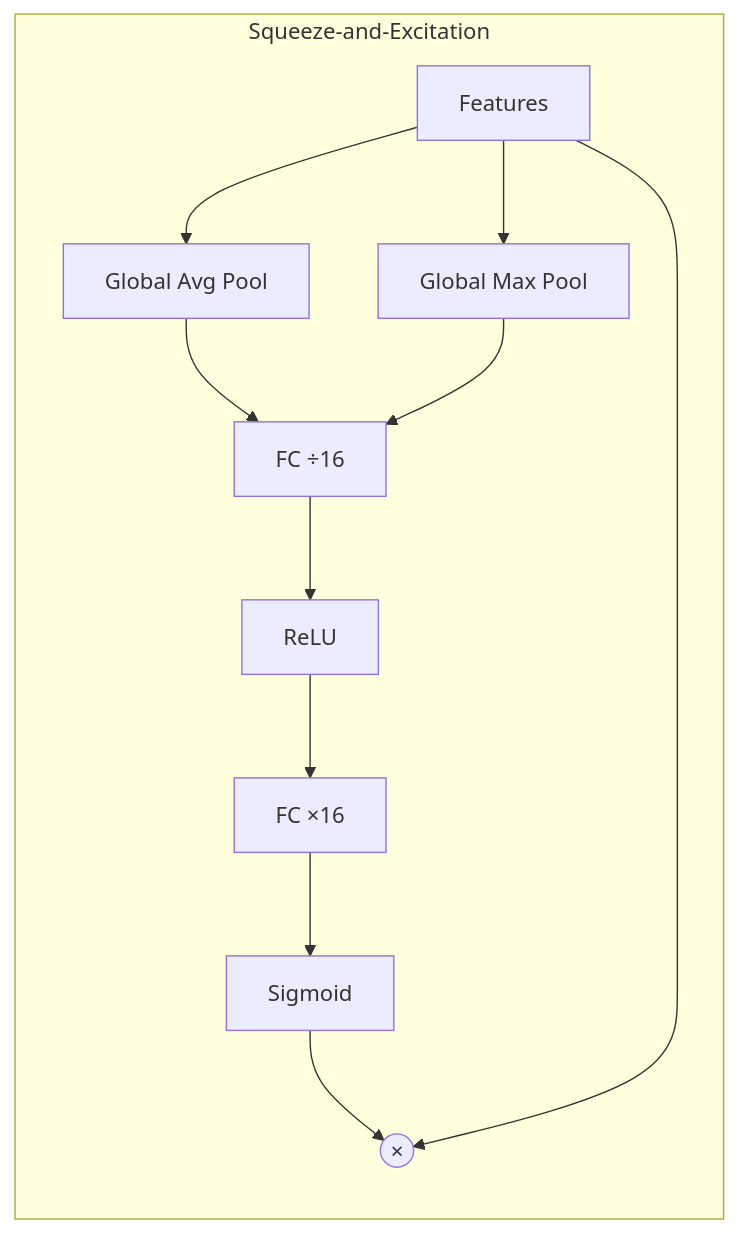
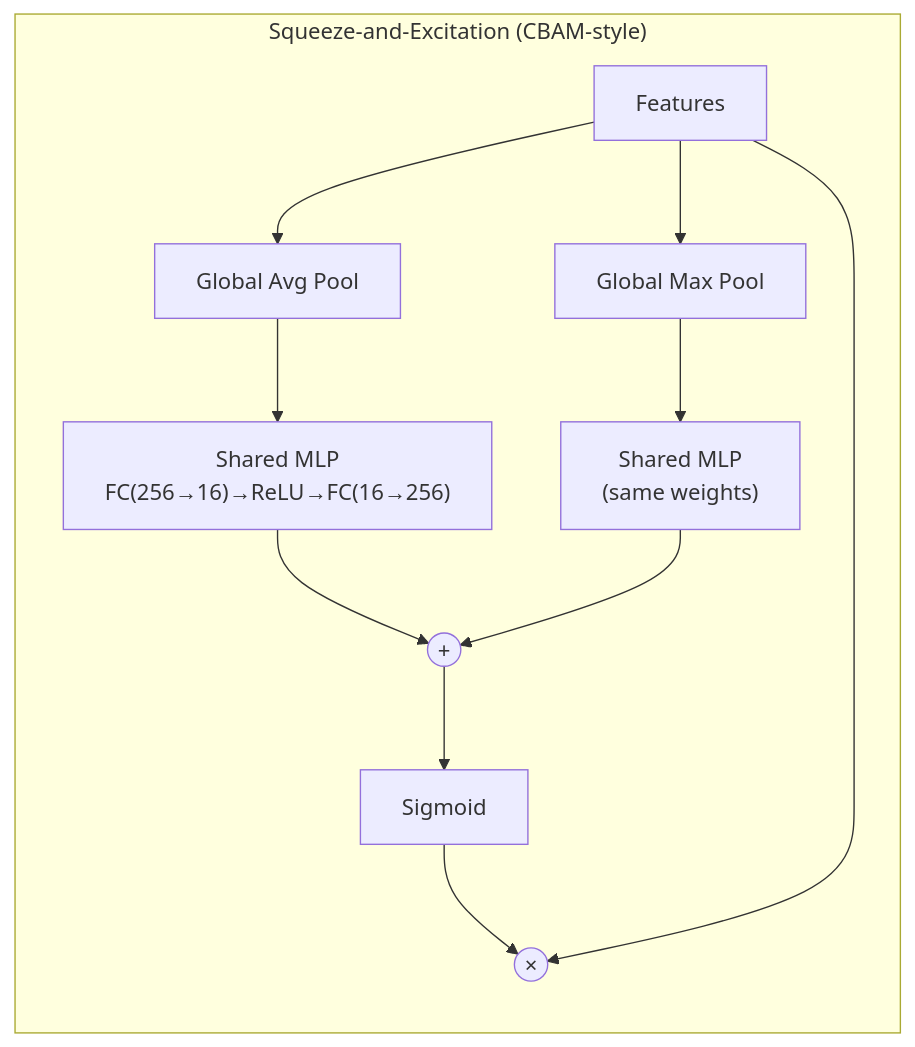
Before and after one commit to NikkeTryHard/hydra: the third of 9 diagrams in research/HYDRA_SPEC.md, drawn with Mermaid. The commit also changed other lines of this file and 3 other files, not shown here.

````diff
--- a/research/HYDRA_SPEC.md
+++ b/research/HYDRA_SPEC.md
@@ -112,14 +114,14 @@
 ```mermaid
 graph LR
-    subgraph "Squeeze-and-Excitation"
+    subgraph "Squeeze-and-Excitation (CBAM-style)"
         F[Features] --> GAP[Global Avg Pool]
         F --> GMP[Global Max Pool]
-        GAP --> FC1["FC ÷16"]
-        GMP --> FC1
-        FC1 --> RELU[ReLU]
-        RELU --> FC2["FC ×16"]
-        FC2 --> SIG[Sigmoid]
+        GAP --> SMLP1["Shared MLP<br/>FC(256→16)→ReLU→FC(16→256)"]
+        GMP --> SMLP2["Shared MLP<br/>(same weights)"]
+        SMLP1 --> ADD(("+"))
+        SMLP2 --> ADD
+        ADD --> SIG[Sigmoid]
         SIG --> MUL(("×"))
         F --> MUL
     end
 ```
````
